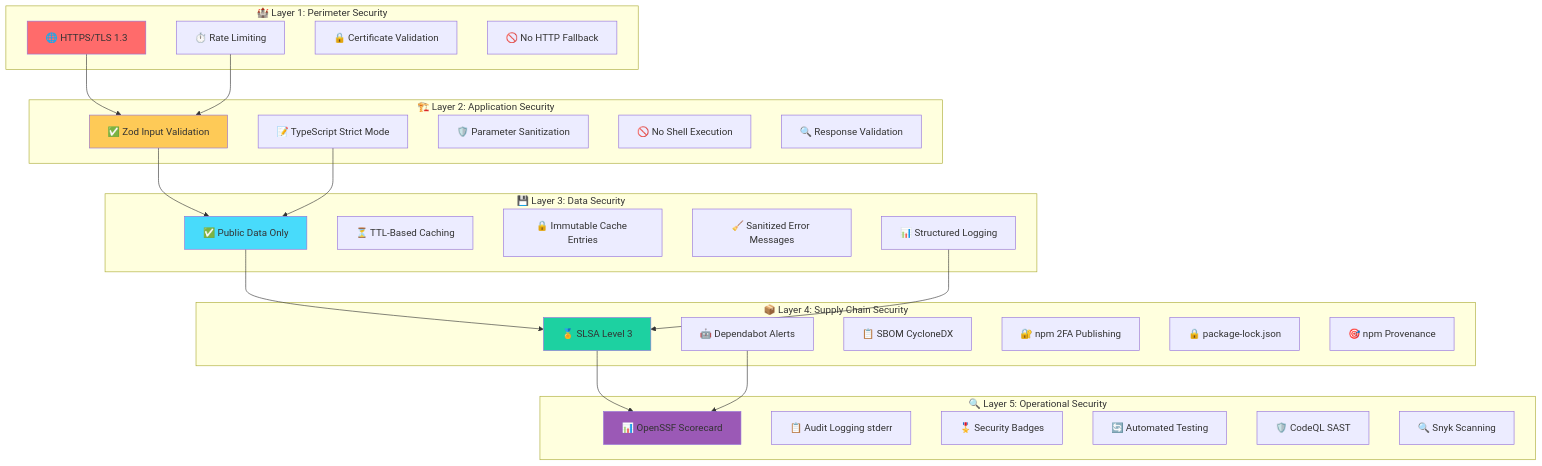
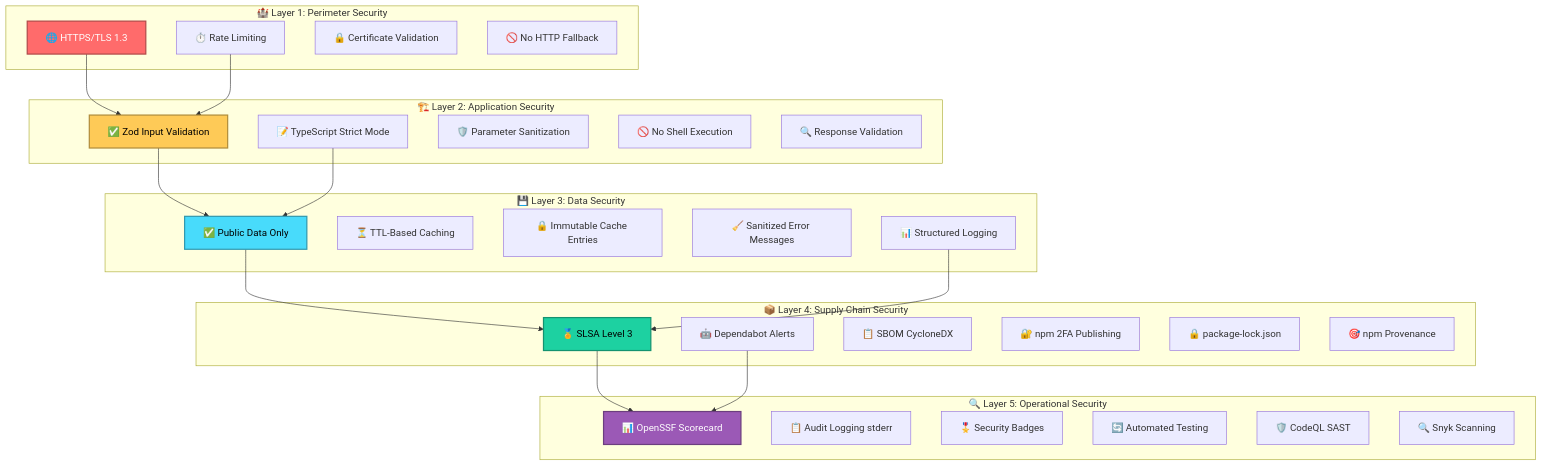
Diagram 21 of 21 in api-markdown/documents/THREAT_MODEL.md (Hack23/European-Parliament-MCP-Server), drawn with Mermaid before and after one commit. The commit also changed other lines of this file and 1837 other files, not shown here.

````diff
--- a/api-markdown/documents/THREAT_MODEL.md
+++ b/api-markdown/documents/THREAT_MODEL.md
@@ -1721,58 +1816,63 @@
 ```mermaid
 graph TB
     subgraph "🏰 Layer 1: Perimeter Security"
         L1A[🌐 HTTPS/TLS 1.3]
         L1B[⏱️ Rate Limiting]
         L1C[🔒 Certificate Validation]
         L1D[🚫 No HTTP Fallback]
     end
     
     subgraph "🏗️ Layer 2: Application Security"
         L2A[✅ Zod Input Validation]
         L2B[📝 TypeScript Strict Mode]
         L2C[🛡️ Parameter Sanitization]
         L2D[🚫 No Shell Execution]
         L2E[🔍 Response Validation]
     end
     
     subgraph "💾 Layer 3: Data Security"
         L3A[✅ Public Data Only]
         L3B[⏳ TTL-Based Caching]
         L3C[🔒 Immutable Cache Entries]
         L3D[🧹 Sanitized Error Messages]
         L3E[📊 Structured Logging]
     end
     
     subgraph "📦 Layer 4: Supply Chain Security"
         L4A[🏅 SLSA Level 3]
         L4B[🤖 Dependabot Alerts]
         L4C[📋 SBOM CycloneDX]
         L4D[🔐 npm 2FA Publishing]
         L4E[🔒 package-lock.json]
         L4F[🎯 npm Provenance]
     end
     
     subgraph "🔍 Layer 5: Operational Security"
         L5A[📊 OpenSSF Scorecard]
         L5B[📋 Audit Logging stderr]
         L5C[🎖️ Security Badges]
         L5D[🔄 Automated Testing]
         L5E[🛡️ CodeQL SAST]
         L5F[🔍 Snyk Scanning]
     end
     
     L1A --> L2A
     L1B --> L2A
     L2A --> L3A
     L2B --> L3A
     L3A --> L4A
     L3E --> L4A
     L4A --> L5A
     L4B --> L5A
     
-    style L1A fill:#ff6b6b
-    style L2A fill:#feca57
-    style L3A fill:#48dbfb
-    style L4A fill:#1dd1a1
-    style L5A fill:#9b59b6
+    style L1A fill:#ff6b6b,stroke:#b24a4a,stroke-width:2px,color:#ffffff
+
+    style L2A fill:#feca57,stroke:#b18d3c,stroke-width:2px,color:#000000
+
+    style L3A fill:#48dbfb,stroke:#3299af,stroke-width:2px,color:#000000
+
+    style L4A fill:#1dd1a1,stroke:#149270,stroke-width:2px,color:#000000
+
+    style L5A fill:#9b59b6,stroke:#6c3e7f,stroke-width:2px,color:#ffffff
+
 ```
````
